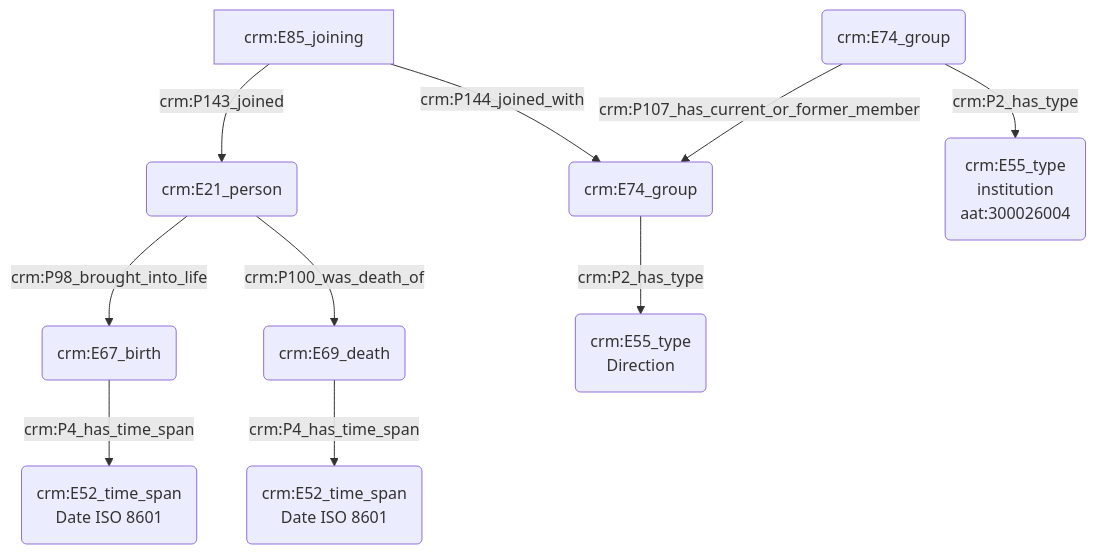
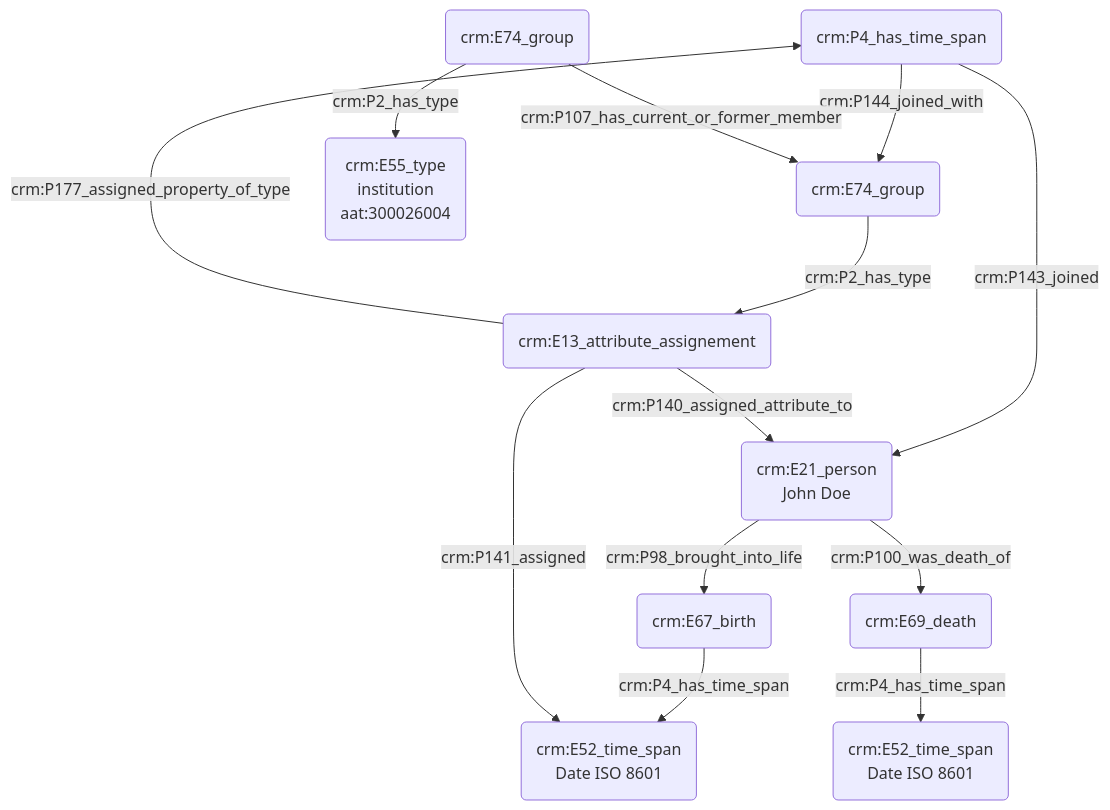
Before and after one commit to Amleth/consortium-musica2-gt2-ontologies: the diagram in modules/livrables/Dossier 2/Indexation conceptuelle/indexation d'une personne.md, drawn with Mermaid.

Commit message:
Update indexation d'une personne.md

````diff
--- a/modules/livrables/Dossier 2/Indexation conceptuelle/indexation d'une personne.md
+++ b/modules/livrables/Dossier 2/Indexation conceptuelle/indexation d'une personne.md
@@ -15,20 +15,22 @@
 ```mermaid
 graph TD;
 
-A(crm:E21_person) --> |crm:P98_brought_into_life| B(crm:E67_birth)
+A(crm:E21_person<br>John Doe) --> |crm:P98_brought_into_life| B(crm:E67_birth)
 B(crm:E67_birth) --> |crm:P4_has_time_span| C(crm:E52_time_span<br>Date ISO 8601)
 
 U[crm:E85_joining] --> |crm:P144_joined_with| S(crm:E74_group)
 
 M(crm:E74_group) -->|crm:P2_has_type| N(crm:E55_type<br>institution<br>aat:300026004)
 M(crm:E74_group) --> |crm:P107_has_current_or_former_member| S(crm:E74_group)
 
 U[crm:E85_joining] -->|crm:P143_joined| A(crm:E21_person<br>John Doe)
 
 A(crm:E21_person) --> |crm:P100_was_death_of| D(crm:E69_death)
 S(crm:E74_group) --> |crm:P2_has_type| T(crm:E55_type<br>Direction)
 D(crm:E69_death) --> |crm:P4_has_time_span| E(crm:E52_time_span<br>Date ISO 8601)
 
-
+T(crm:E13_attribute_assignement) --> |crm:P140_assigned_attribute_to| A(crm:E21_person<br>John Doe)
+T(crm:E13_attribute_assignement) --> |crm:P141_assigned| C(crm:E52_time_span<br>Date ISO 8601)
+T(crm:E13_attribute_assignement) --> |crm:P177_assigned_property_of_type| U(crm:P4_has_time_span)
 
 ```
````
